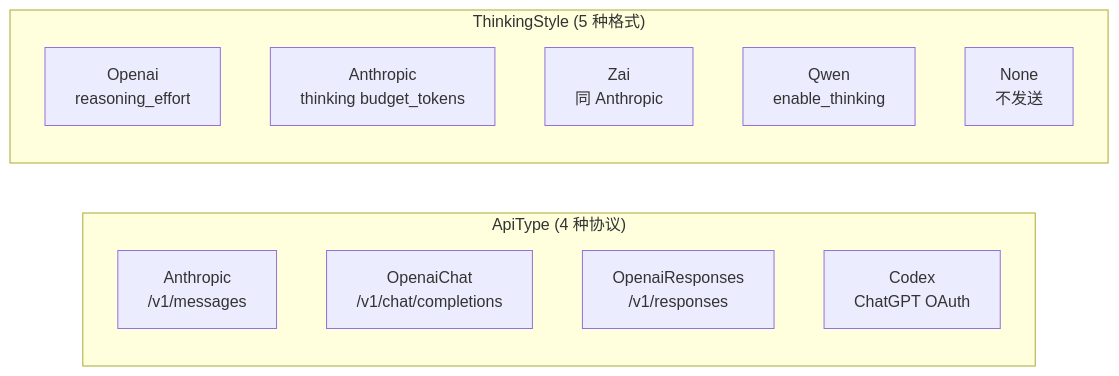
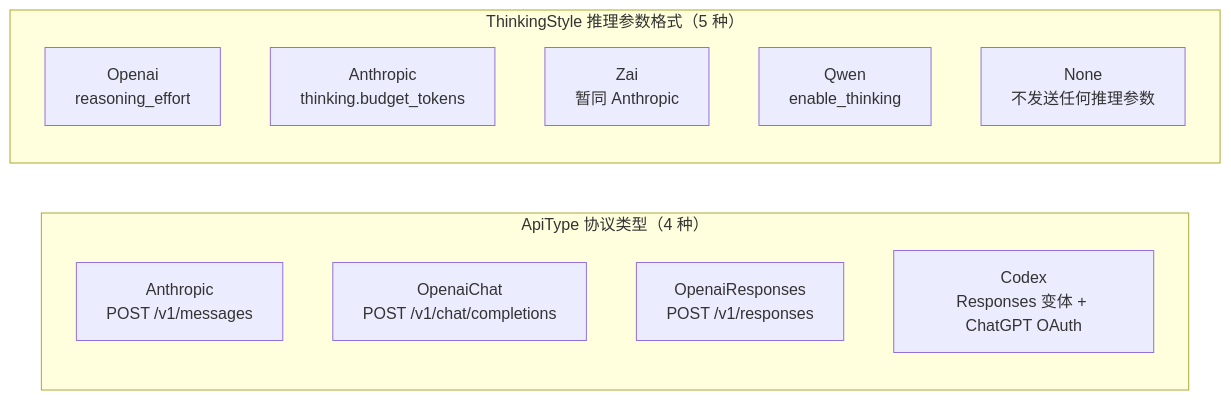
One commit to shiwenwen/hope-agent changed the first of 16 diagrams in docs/architecture/provider-system.md. Above: the diagram before and after it, drawn with Mermaid. The commit also changed other lines of this file and 2 other files, not shown here.

````diff
--- a/docs/architecture/provider-system.md
+++ b/docs/architecture/provider-system.md
@@ -15,17 +37,17 @@
 ```mermaid
 graph LR
-  subgraph ApiType["ApiType (4 种协议)"]
-    A1["Anthropic<br/>/v1/messages"]
-    A2["OpenaiChat<br/>/v1/chat/completions"]
-    A3["OpenaiResponses<br/>/v1/responses"]
-    A4["Codex<br/>ChatGPT OAuth"]
+  subgraph ApiType["ApiType 协议类型（4 种）"]
+    A1["Anthropic<br/>POST /v1/messages"]
+    A2["OpenaiChat<br/>POST /v1/chat/completions"]
+    A3["OpenaiResponses<br/>POST /v1/responses"]
+    A4["Codex<br/>Responses 变体 + ChatGPT OAuth"]
   end
 
-  subgraph ThinkingStyle["ThinkingStyle (5 种格式)"]
+  subgraph ThinkingStyle["ThinkingStyle 推理参数格式（5 种）"]
     T1["Openai<br/>reasoning_effort"]
-    T2["Anthropic<br/>thinking budget_tokens"]
-    T3["Zai<br/>同 Anthropic"]
+    T2["Anthropic<br/>thinking.budget_tokens"]
+    T3["Zai<br/>暂同 Anthropic"]
     T4["Qwen<br/>enable_thinking"]
-    T5["None<br/>不发送"]
+    T5["None<br/>不发送任何推理参数"]
   end
 ```
````
